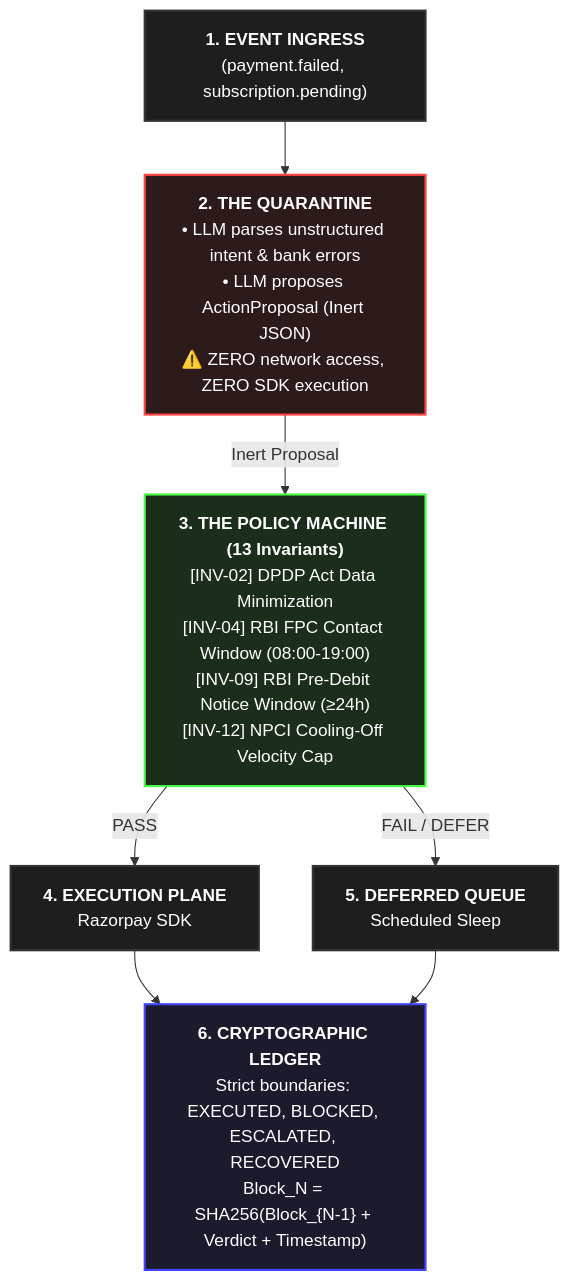
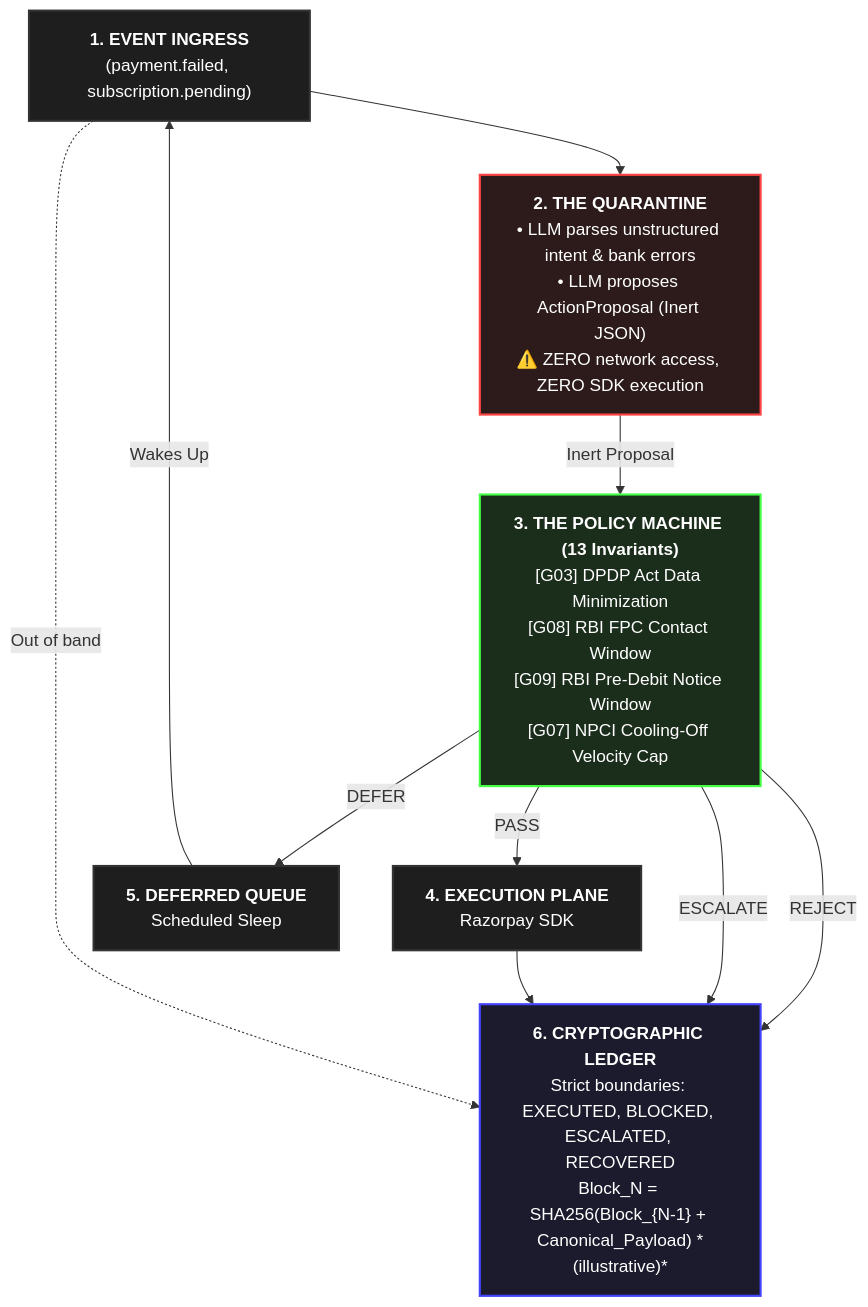
Before and after one commit to sriramvarun0636/Vasool: the diagram in README.md, drawn with Mermaid. The commit also changed other lines of this file, not shown here.

````diff
--- a/README.md
+++ b/README.md
@@ -75,25 +117,28 @@
 ```mermaid
 flowchart TD
     classDef plane fill:#1e1e1e,stroke:#333,stroke-width:2px,color:#fff
     classDef quarantine fill:#2d1b1b,stroke:#ff4444,stroke-width:2px,color:#fff
     classDef policy fill:#1b2d1b,stroke:#44ff44,stroke-width:2px,color:#fff
     classDef ledger fill:#1b1b2d,stroke:#4444ff,stroke-width:2px,color:#fff
 
     A["<b>1. EVENT INGRESS</b><br/>(payment.failed, subscription.pending)"]:::plane
     
     B["<b>2. THE QUARANTINE</b><br/>• LLM parses unstructured intent & bank errors<br/>• LLM proposes ActionProposal (Inert JSON)<br/>⚠️ ZERO network access, ZERO SDK execution"]:::quarantine
 
-    C["<b>3. THE POLICY MACHINE (13 Invariants)</b><br/>[INV-02] DPDP Act Data Minimization<br/>[INV-04] RBI FPC Contact Window (08:00-19:00)<br/>[INV-09] RBI Pre-Debit Notice Window (≥24h)<br/>[INV-12] NPCI Cooling-Off Velocity Cap"]:::policy
+    C["<b>3. THE POLICY MACHINE (13 Invariants)</b><br/>[G03] DPDP Act Data Minimization<br/>[G08] RBI FPC Contact Window<br/>[G09] RBI Pre-Debit Notice Window<br/>[G07] NPCI Cooling-Off Velocity Cap"]:::policy
 
     D["<b>4. EXECUTION PLANE</b><br/>Razorpay SDK"]:::plane
     E["<b>5. DEFERRED QUEUE</b><br/>Scheduled Sleep"]:::plane
 
-    F["<b>6. CRYPTOGRAPHIC LEDGER</b><br/>Strict boundaries: EXECUTED, BLOCKED, ESCALATED, RECOVERED<br/>Block_N = SHA256(Block_{N-1} + Verdict + Timestamp)"]:::ledger
+    F["<b>6. CRYPTOGRAPHIC LEDGER</b><br/>Strict boundaries: EXECUTED, BLOCKED, ESCALATED, RECOVERED<br/>Block_N = SHA256(Block_{N-1} + Canonical_Payload) *(illustrative)*"]:::ledger
 
     A --> B
     B -->|Inert Proposal| C
     C -->|PASS| D
-    C -->|FAIL / DEFER| E
+    C -->|REJECT| F
+    C -->|ESCALATE| F
+    C -->|DEFER| E
     D --> F
-    E --> F
+    E -->|Wakes Up| A
+    A -.->|Out of band| F
 ```
````
